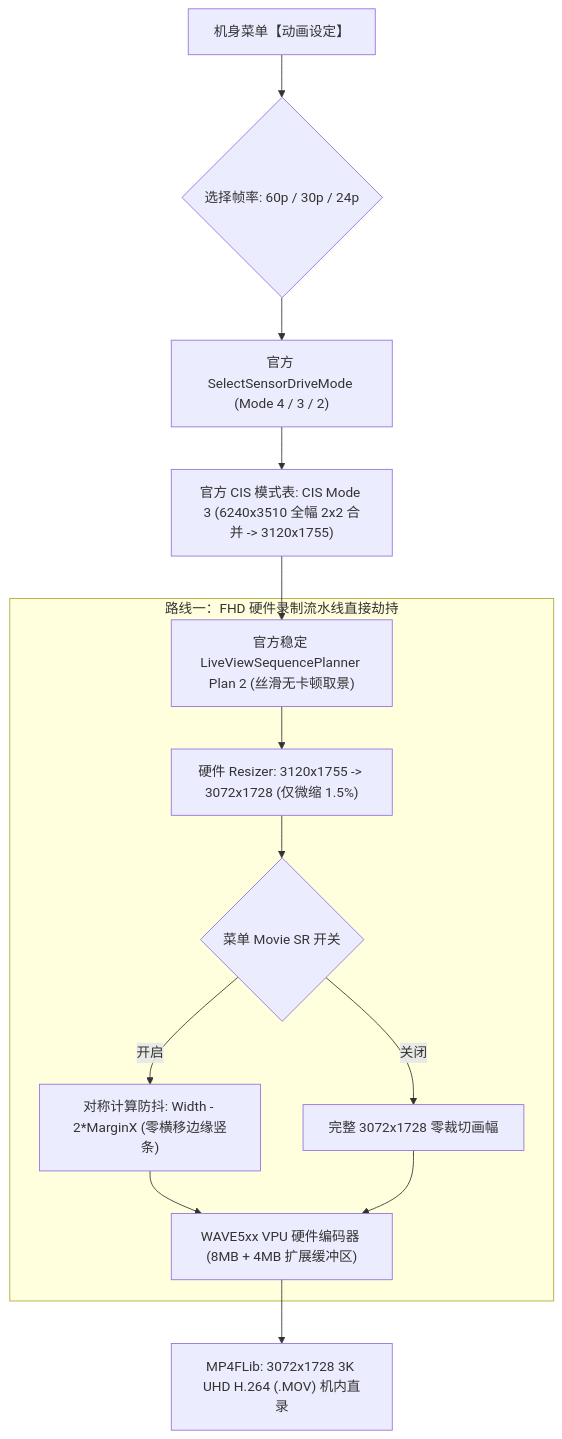
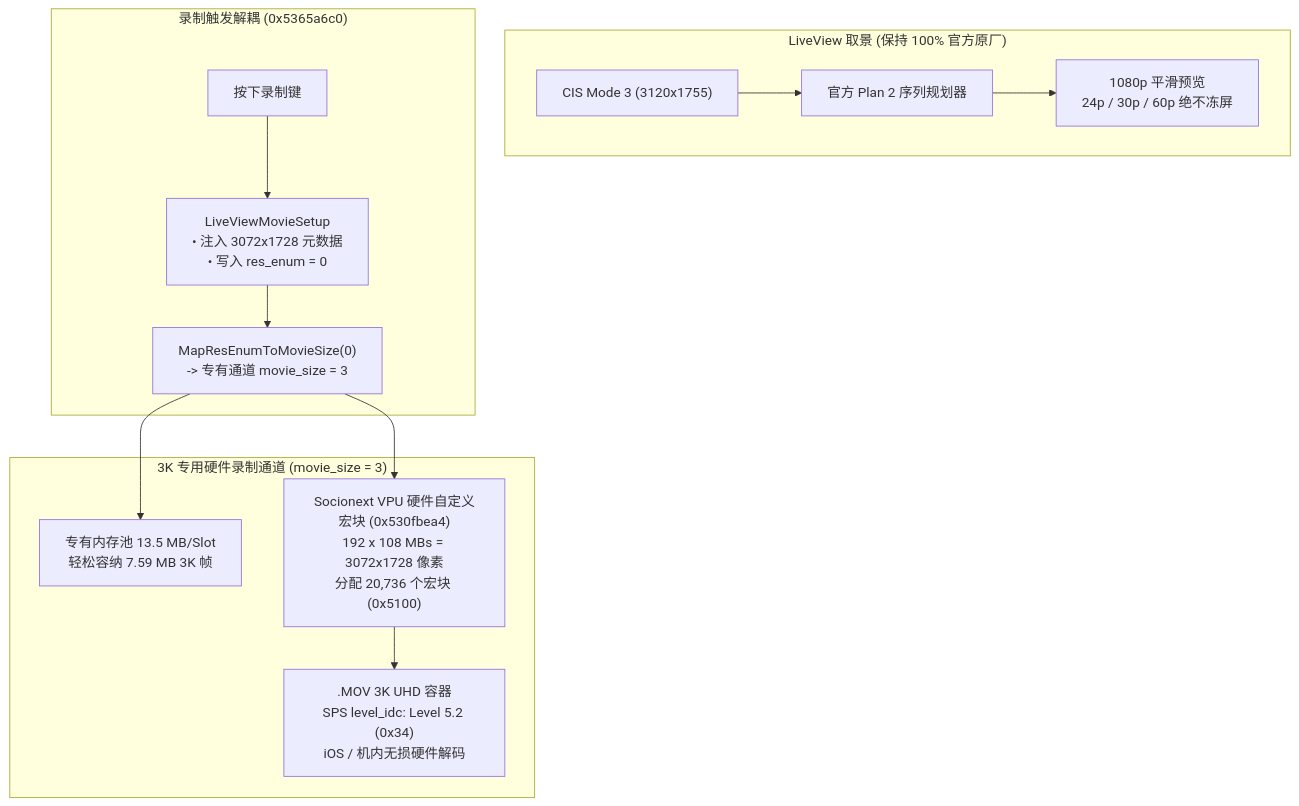
The diagram in README.zh-CN.md (cqkking/ricoh-gr4-4k-mod), drawn with Mermaid before and after one commit. The commit also changed other lines of this file and 2 other files, not shown here.

````diff
--- a/README.zh-CN.md
+++ b/README.zh-CN.md
@@ -67,18 +39,21 @@
 ```mermaid
 flowchart TD
-    Menu["机身菜单【动画设定】"] --> Rate{"选择帧率: 60p / 30p / 24p"}
-    Rate --> Drive["官方 SelectSensorDriveMode (Mode 4 / 3 / 2)"]
-    Drive --> CIS["官方 CIS 模式表: CIS Mode 3 (6240x3510 全幅 2x2 合并 -> 3120x1755)"]
-    CIS --> Plan2["官方稳定 LiveViewSequencePlanner Plan 2 (丝滑无卡顿取景)"]
-    
-    subgraph HIJACK["路线一：FHD 硬件录制流水线直接劫持"]
-        Plan2 --> Resizer["硬件 Resizer: 3120x1755 -> 3072x1728 (仅微缩 1.5%)"]
-        Resizer --> SR{"菜单 Movie SR 开关"}
-        SR -->|开启| SymmSR["对称计算防抖: Width - 2*MarginX (零横移边缘竖条)"]
-        SR -->|关闭| Full3K["完整 3072x1728 零裁切画幅"]
-        SymmSR --> VPU["WAVE5xx VPU 硬件编码器 (8MB + 4MB 扩展缓冲区)"]
-        Full3K --> VPU
+    subgraph LiveView ["LiveView 取景 (保持 100% 官方原厂)"]
+        CIS3["CIS Mode 3 (3120x1755)"] --> Plan2["官方 Plan 2 序列规划器"]
+        Plan2 --> LVPrev["1080p 平滑预览<br/>24p / 30p / 60p 绝不冻屏"]
     end
 
-    VPU --> MOV["MP4FLib: 3072x1728 3K UHD H.264 (.MOV) 机内直录"]
+    subgraph MovieSetup ["录制触发解耦 (0x5365a6c0)"]
+        RecKey["按下录制键"] --> Hook["LiveViewMovieSetup<br/>• 注入 3072x1728 元数据<br/>• 写入 res_enum = 0"]
+        Hook --> Route3["MapResEnumToMovieSize(0)<br/>-> 专有通道 movie_size = 3"]
+    end
+
+    subgraph RecordPipeline ["3K 专用硬件录制通道 (movie_size = 3)"]
+        MemPool["专有内存池 13.5 MB/Slot<br/>轻松容纳 7.59 MB 3K 帧"]
+        VPU["Socionext VPU 硬件自定义宏块 (0x530fbea4)<br/>192 x 108 MBs = 3072x1728 像素<br/>分配 20,736 个宏块 (0x5100)"]
+        Container[".MOV 3K UHD 容器<br/>SPS level_idc: Level 5.2 (0x34)<br/>iOS / 机内无损硬件解码"]
+        Route3 --> MemPool
+        Route3 --> VPU
+        VPU --> Container
+    end
 ```
````
